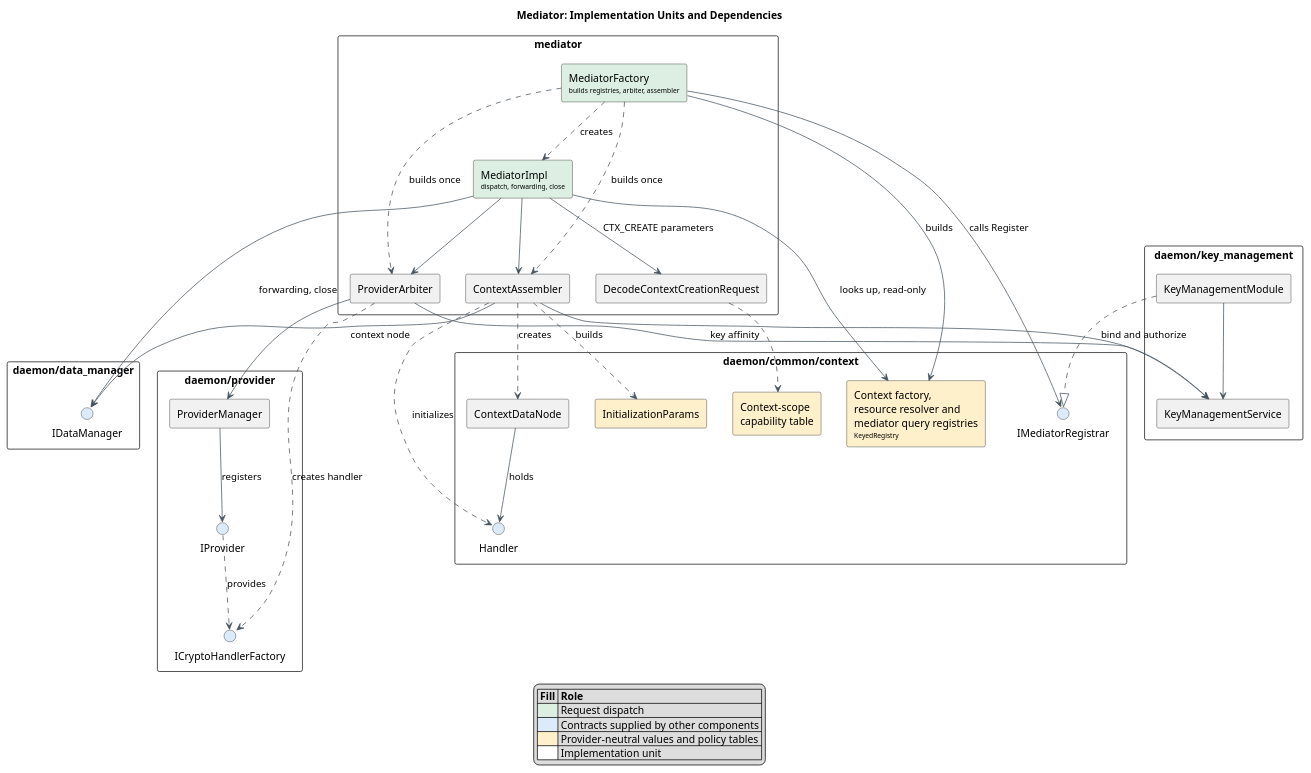
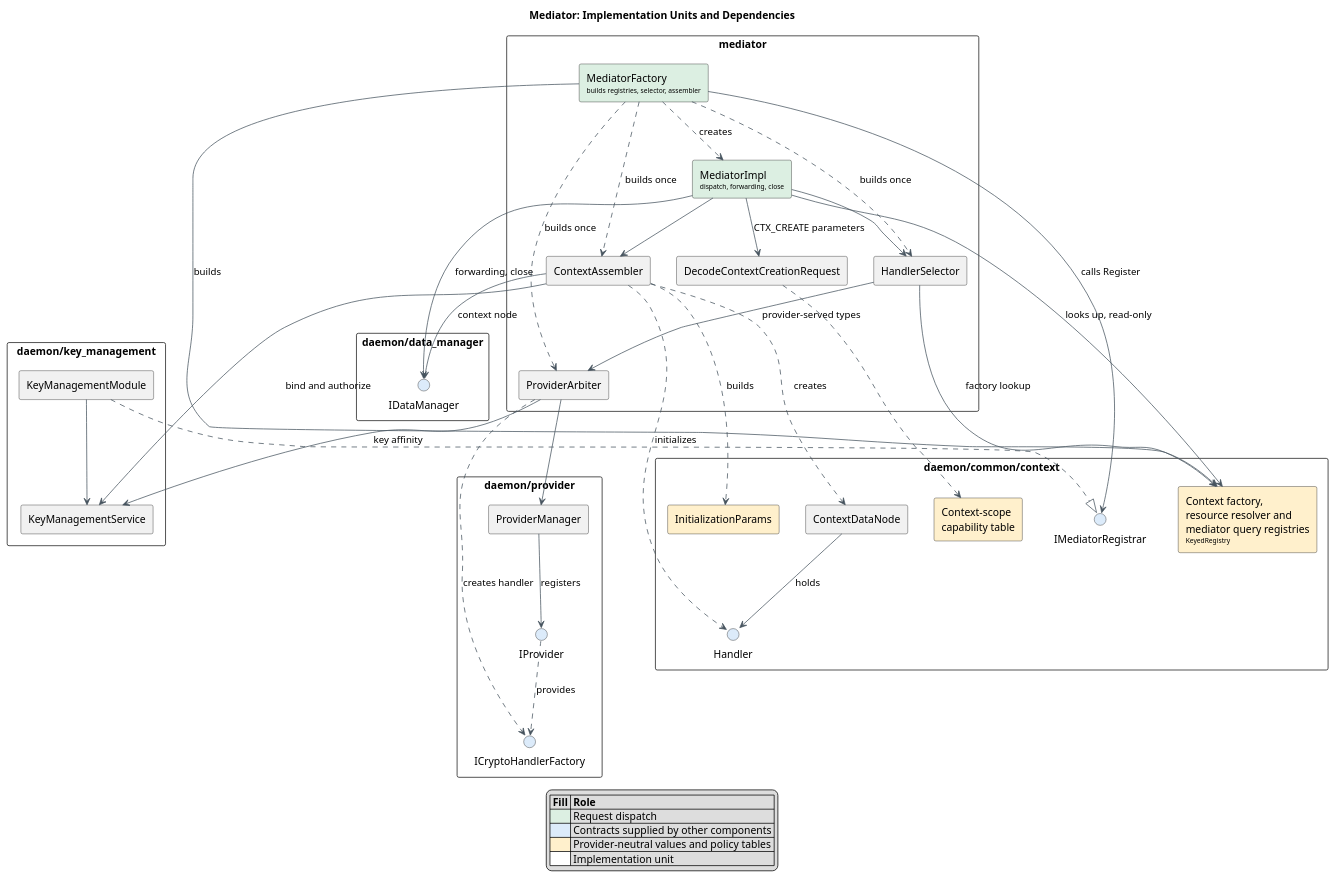
Before and after one commit to eclipse-score/inc_security_crypto: the diagram in score/crypto/src/daemon/mediator/docs/architecture/mediator_composition.puml, drawn with PlantUML. The commit also changed 14 other files, not shown here.

```diff
--- a/score/crypto/src/daemon/mediator/docs/architecture/mediator_composition.puml
+++ b/score/crypto/src/daemon/mediator/docs/architecture/mediator_composition.puml
@@ -14,80 +14,84 @@
 @startuml mediator_composition
 title Mediator: Implementation Units and Dependencies
 top to bottom direction
 skinparam shadowing false
 skinparam defaultFontName Arial
 skinparam componentStyle rectangle
 skinparam packageStyle rectangle
 skinparam ArrowColor #46535E
 
 package "mediator" {
   [MediatorImpl\n<size:9>dispatch, forwarding, close</size>] as Mediator #DCEFE2
   [DecodeContextCreationRequest] as Decoder
+  [HandlerSelector] as Selector
   [ProviderArbiter] as Arbiter
   [ContextAssembler] as Assembler
-  [MediatorFactory\n<size:9>builds registries, arbiter, assembler</size>] as Factory #DCEFE2
+  [MediatorFactory\n<size:9>builds registries, selector, assembler</size>] as Factory #DCEFE2
 }
 
 package "daemon/common/context" {
   [Context factory,\nresource resolver and\nmediator query registries\n<size:9>KeyedRegistry</size>] as Registries #FFF0CC
   interface IMediatorRegistrar #DCEBFA
   [Context-scope\ncapability table] as Selection #FFF0CC
   [ContextDataNode] as ContextNode
   interface Handler #DCEBFA
   [InitializationParams] as InitParams #FFF0CC
 }
 
 package "daemon/key_management" {
   [KeyManagementService] as KeyMgmt
   [KeyManagementModule] as KeyModule
 }
 
 package "daemon/provider" {
   [ProviderManager] as Providers
   interface IProvider #DCEBFA
   interface ICryptoHandlerFactory #DCEBFA
 }
 
 package "daemon/data_manager" {
   interface IDataManager #DCEBFA
 }
 
 Mediator --> Decoder : CTX_CREATE parameters
-Mediator --> Arbiter
+Mediator --> Selector
 Mediator --> Assembler
 Mediator --> IDataManager : forwarding, close
 Mediator --> Registries : looks up, read-only
 
 Factory ..> Mediator : creates
 Factory --> Registries : builds
 Factory --> IMediatorRegistrar : calls Register
+Factory ..> Selector : builds once
 Factory ..> Arbiter : builds once
 Factory ..> Assembler : builds once
 KeyModule ..|> IMediatorRegistrar
 KeyModule --> KeyMgmt
 
 Decoder ..> Selection
 
+Selector --> Registries : factory lookup
+Selector --> Arbiter : provider-served types
 Arbiter --> Providers
 Arbiter --> KeyMgmt : key affinity
 Arbiter ..> ICryptoHandlerFactory : creates handler
 Providers --> IProvider : registers
 IProvider ..> ICryptoHandlerFactory : provides
 
 Assembler --> IDataManager : context node
 Assembler --> KeyMgmt : bind and authorize
 Assembler ..> ContextNode : creates
 Assembler ..> Handler : initializes
 Assembler ..> InitParams : builds
 
 ContextNode --> Handler : holds
 
 legend bottom
   |= Fill |= Role |
   |<#DCEFE2> | Request dispatch |
   |<#DCEBFA> | Contracts supplied by other components |
   |<#FFF0CC> | Provider-neutral values and policy tables |
   |<#FFFFFF> | Implementation unit |
 endlegend
 
 @enduml
```
